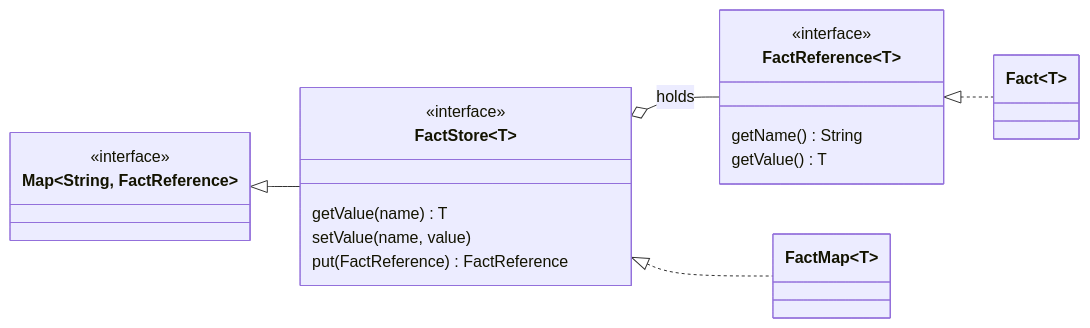
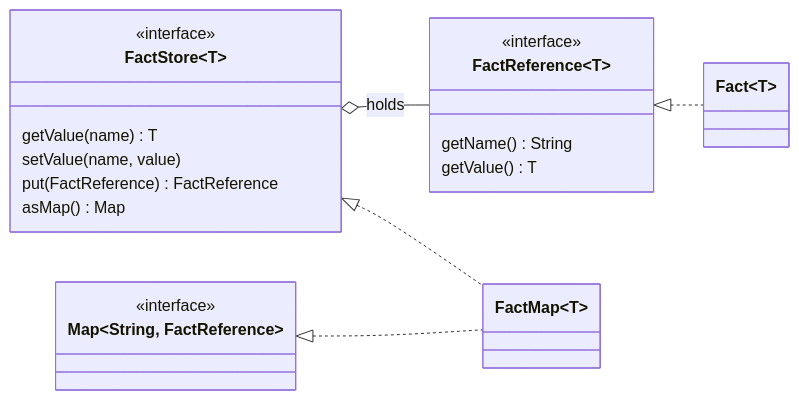
Before and after one commit to brantunger/unruly-engine: the diagram in docs/facts.md, drawn with Mermaid. The commit also changed other lines of this file and 28 other files, not shown here.

Commit message:
feat!: make facts immutable and named, stop FactStore extending Map, and accept any FactStore in run() (#323)

````diff
--- a/docs/facts.md
+++ b/docs/facts.md
@@ -19,24 +19,25 @@
 ```mermaid
 classDiagram
     direction LR
     class FactReference~T~ {
         <<interface>>
         getName() String
         getValue() T
     }
     class Fact~T~
     class FactStore~T~ {
         <<interface>>
         getValue(name) T
         setValue(name, value)
         put(FactReference) FactReference
+        asMap() Map
     }
     class FactMap~T~
     class Map~String, FactReference~ {
         <<interface>>
     }
     FactReference <|.. Fact
-    Map <|-- FactStore
     FactStore <|.. FactMap
+    Map <|.. FactMap
     FactStore o-- FactReference : holds
 ```
````
